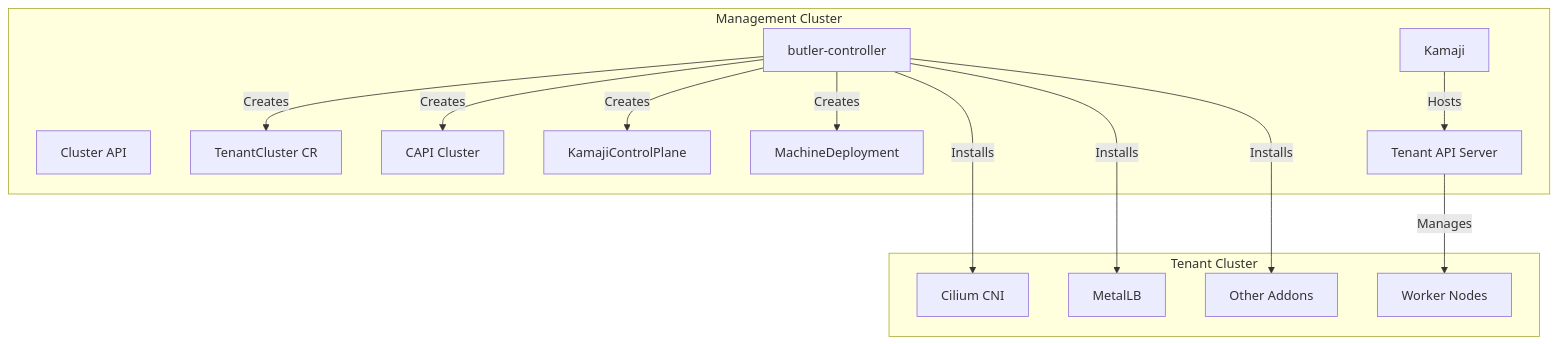
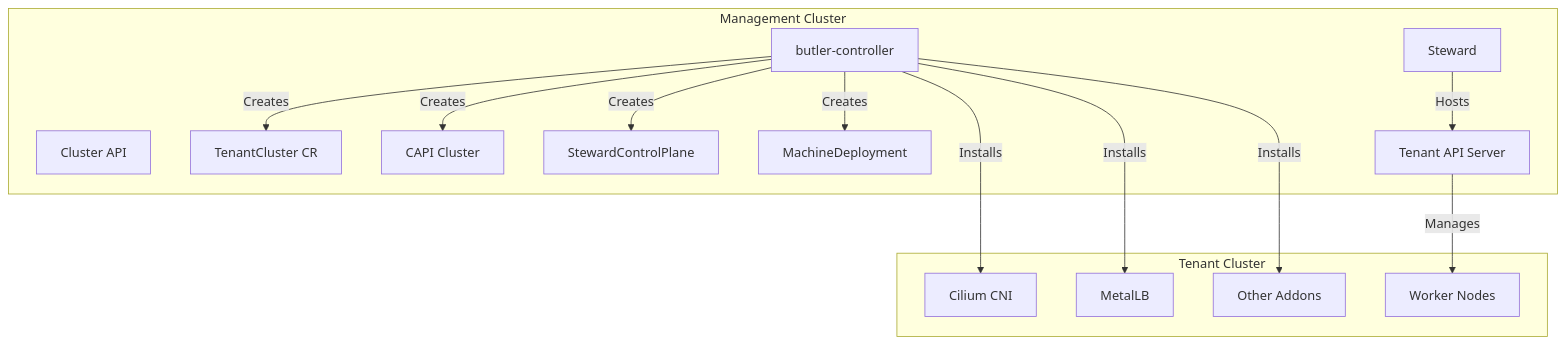
The diagram in README.md (butlerdotdev/butler-controller), drawn with Mermaid before and after one commit. The commit also changed other lines of this file, not shown here.

First line of the commit message:
docs: add branding and replace Kamaji with Steward (#26)

````diff
--- a/README.md
+++ b/README.md
@@ -32,27 +46,27 @@
 ```mermaid
 flowchart TD
     subgraph MC[Management Cluster]
         BC[butler-controller]
         CAPI[Cluster API]
-        Kamaji[Kamaji]
+        Steward[Steward]
         
         BC -->|Creates| TC[TenantCluster CR]
         BC -->|Creates| CAPIC[CAPI Cluster]
-        BC -->|Creates| KCP[KamajiControlPlane]
+        BC -->|Creates| SCP[StewardControlPlane]
         BC -->|Creates| MD[MachineDeployment]
         
-        Kamaji -->|Hosts| API[Tenant API Server]
+        Steward -->|Hosts| API[Tenant API Server]
     end
     
     subgraph TC1[Tenant Cluster]
         Workers[Worker Nodes]
         Cilium[Cilium CNI]
         MetalLB[MetalLB]
         Addons[Other Addons]
     end
     
     API -->|Manages| Workers
     BC -->|Installs| Cilium
     BC -->|Installs| MetalLB
     BC -->|Installs| Addons
 ```
````
